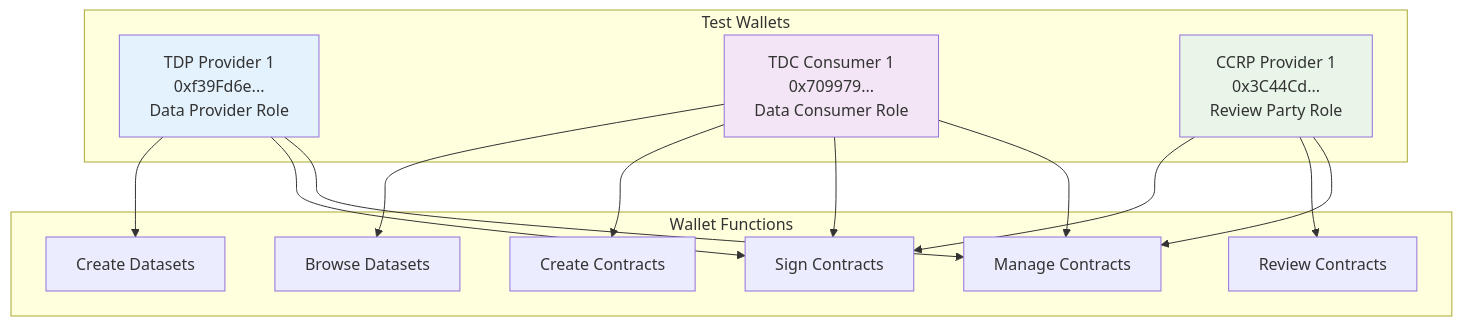
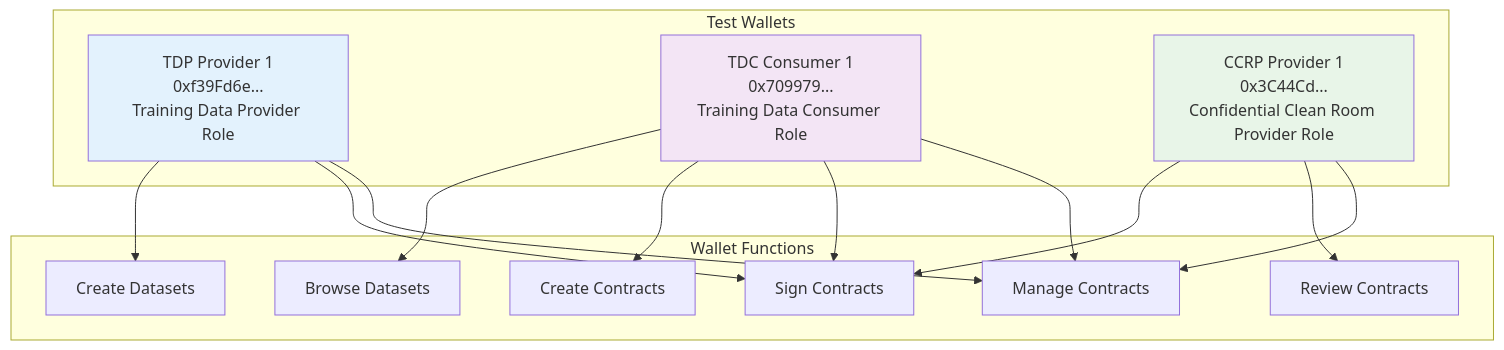
Before and after one commit to gitmujoshi/Confidential-AI-Network: the fifth of 11 diagrams in WALLET_SWITCHING_GUIDE.md, drawn with Mermaid. The commit also changed other lines of this file and 5 other files, not shown here.

Commit message:
Fix terminology consistency across all documentation: TDP=Training Data Provider, TDC=Training Data Consumer, CCRP=Confidential Clean Room Provider

````diff
--- a/WALLET_SWITCHING_GUIDE.md
+++ b/WALLET_SWITCHING_GUIDE.md
@@ -247,32 +247,32 @@
 ```mermaid
 graph TD
     subgraph "Test Wallets"
-        TDP[TDP Provider 1<br/>0xf39Fd6e...<br/>Data Provider Role]
-        TDC[TDC Consumer 1<br/>0x709979...<br/>Data Consumer Role]
-        CCRP[CCRP Provider 1<br/>0x3C44Cd...<br/>Review Party Role]
+        TDP[TDP Provider 1<br/>0xf39Fd6e...<br/>Training Data Provider Role]
+        TDC[TDC Consumer 1<br/>0x709979...<br/>Training Data Consumer Role]
+        CCRP[CCRP Provider 1<br/>0x3C44Cd...<br/>Confidential Clean Room Provider Role]
     end
     
     subgraph "Wallet Functions"
         A[Create Datasets]
         B[Browse Datasets]
         C[Create Contracts]
         D[Sign Contracts]
         E[Review Contracts]
         F[Manage Contracts]
     end
     
     TDP --> A
     TDP --> D
     TDP --> F
     TDC --> B
     TDC --> C
     TDC --> D
     TDC --> F
     CCRP --> D
     CCRP --> E
     CCRP --> F
     
     style TDP fill:#e3f2fd
     style TDC fill:#f3e5f5
     style CCRP fill:#e8f5e8
 ```
````
